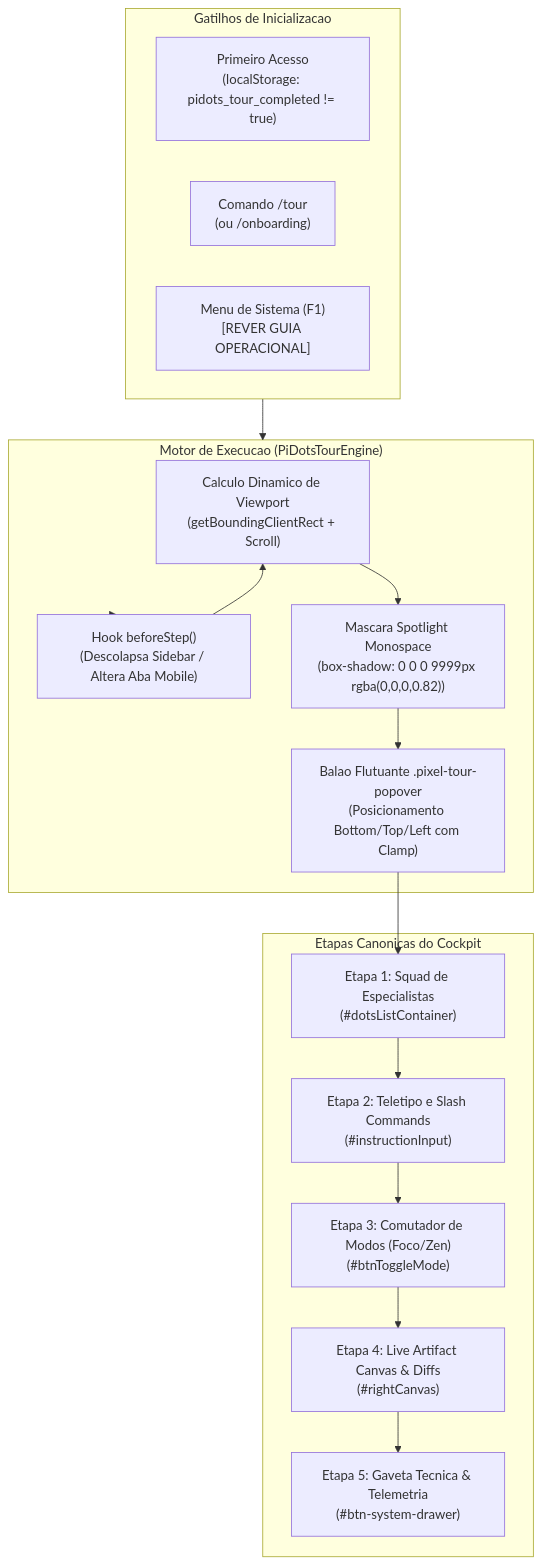
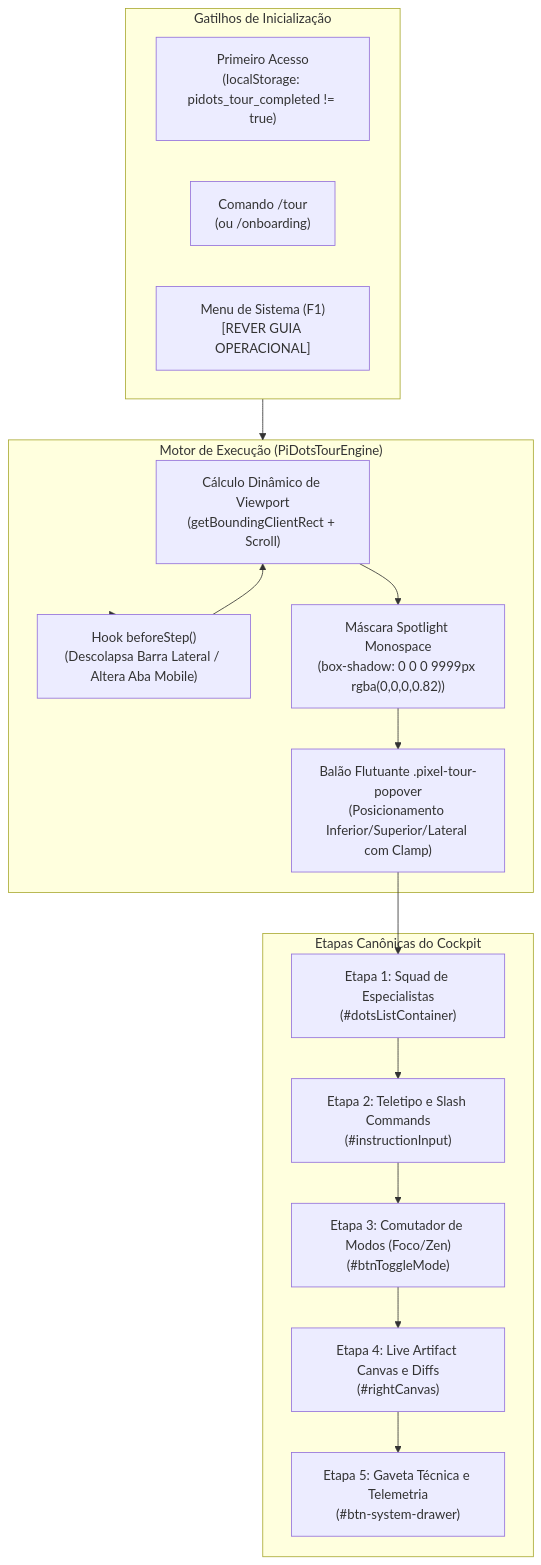
One commit to lyonpamplona/piDots changed diagram 12 of 13 in ARCHITECTURE.md. Above: the diagram before and after it, drawn with Mermaid. The commit also changed other lines of this file and 1 other file, not shown here.

````diff
--- a/ARCHITECTURE.md
+++ b/ARCHITECTURE.md
@@ -828,27 +829,27 @@
 ```mermaid
 flowchart TD
-    subgraph TriggerLayer["Gatilhos de Inicializacao"]
+    subgraph TriggerLayer["Gatilhos de Inicialização"]
         FTUE["Primeiro Acesso\n(localStorage: pidots_tour_completed != true)"]
         CmdTour["Comando /tour\n(ou /onboarding)"]
         MenuDrawer["Menu de Sistema (F1)\n[REVER GUIA OPERACIONAL]"]
     end
 
-    subgraph TourEngine["Motor de Execucao (PiDotsTourEngine)"]
-        CalcCoord["Calculo Dinamico de Viewport\n(getBoundingClientRect + Scroll)"]
-        PrepareDOM["Hook beforeStep()\n(Descolapsa Sidebar / Altera Aba Mobile)"]
-        SpotlightMask["Mascara Spotlight Monospace\n(box-shadow: 0 0 0 9999px rgba(0,0,0,0.82))"]
-        FloatingPopover["Balao Flutuante .pixel-tour-popover\n(Posicionamento Bottom/Top/Left com Clamp)"]
+    subgraph TourEngine["Motor de Execução (PiDotsTourEngine)"]
+        CalcCoord["Cálculo Dinâmico de Viewport\n(getBoundingClientRect + Scroll)"]
+        PrepareDOM["Hook beforeStep()\n(Descolapsa Barra Lateral / Altera Aba Mobile)"]
+        SpotlightMask["Máscara Spotlight Monospace\n(box-shadow: 0 0 0 9999px rgba(0,0,0,0.82))"]
+        FloatingPopover["Balão Flutuante .pixel-tour-popover\n(Posicionamento Inferior/Superior/Lateral com Clamp)"]
     end
 
-    subgraph Steps["Etapas Canonicas do Cockpit"]
+    subgraph Steps["Etapas Canônicas do Cockpit"]
         S1["Etapa 1: Squad de Especialistas\n(#dotsListContainer)"]
         S2["Etapa 2: Teletipo e Slash Commands\n(#instructionInput)"]
         S3["Etapa 3: Comutador de Modos (Foco/Zen)\n(#btnToggleMode)"]
-        S4["Etapa 4: Live Artifact Canvas & Diffs\n(#rightCanvas)"]
-        S5["Etapa 5: Gaveta Tecnica & Telemetria\n(#btn-system-drawer)"]
+        S4["Etapa 4: Live Artifact Canvas e Diffs\n(#rightCanvas)"]
+        S5["Etapa 5: Gaveta Técnica e Telemetria\n(#btn-system-drawer)"]
     end
 
     TriggerLayer --> TourEngine
     TourEngine --> PrepareDOM --> CalcCoord --> SpotlightMask --> FloatingPopover
     FloatingPopover --> S1 --> S2 --> S3 --> S4 --> S5
 ```
````
